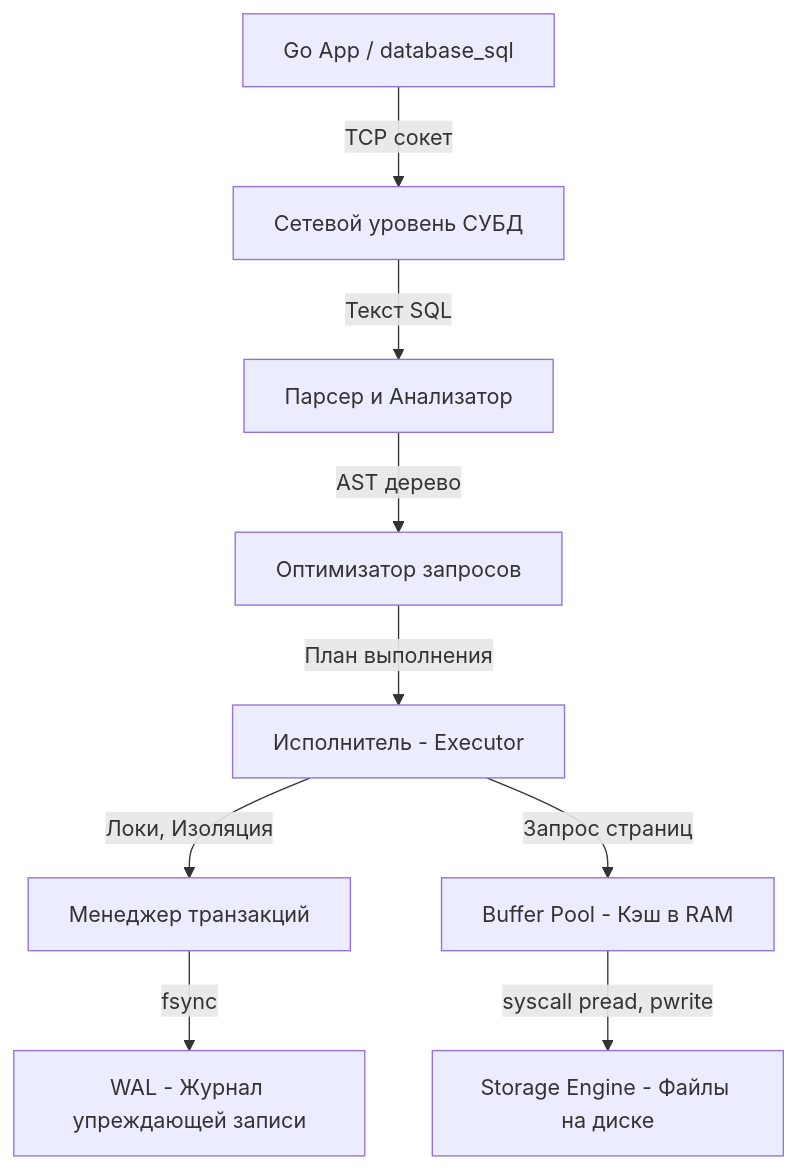
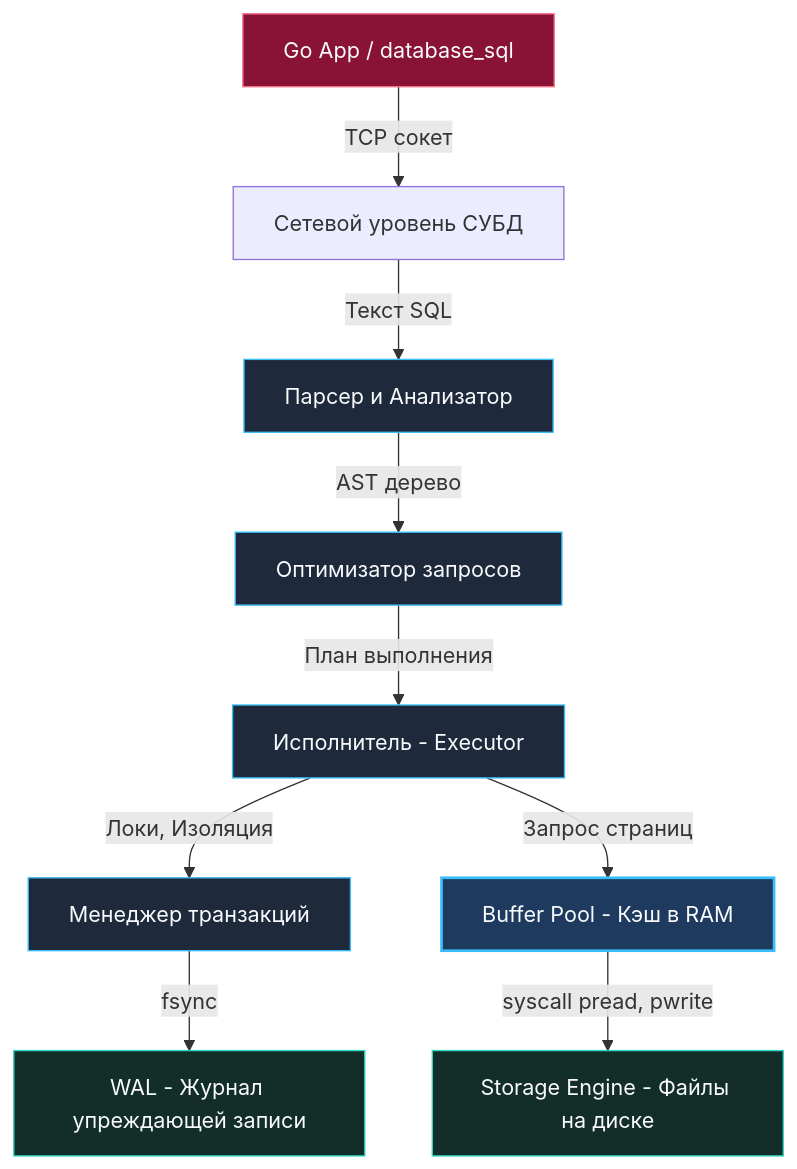
The diagram in sources/12. Базы данных/01. Введение и фундамент/2. Что такое база данных и СУБД.md (UnrealTemplier/go-textbook), drawn with Mermaid before and after one commit. The commit also changed 1666 other files, not shown here.

First line of the commit message:
feat(mermaid): add semantic color classDef to 1369 colorless flowchart/graph diagrams

````diff
--- a/sources/12. Базы данных/01. Введение и фундамент/2. Что такое база данных и СУБД.md
+++ b/sources/12. Базы данных/01. Введение и фундамент/2. Что такое база данных и СУБД.md
@@ -59,13 +59,23 @@
 ```mermaid
 flowchart TD
-    Client["Go App / database_sql"]-->|TCP сокет| Transport["Сетевой уровень СУБД"]
-    Transport-->|Текст SQL| Parser["Парсер и Анализатор"]
-    Parser-->|AST дерево| Optimizer["Оптимизатор запросов"]
-    Optimizer-->|План выполнения| Exec["Исполнитель - Executor"]
+    classDef process  fill:#1e293b,stroke:#38bdf8,stroke-width:1px,color:#f8fafc
+    classDef success  fill:#064e3b,stroke:#34d399,stroke-width:1px,color:#f8fafc
+    classDef error    fill:#7f1d1d,stroke:#f87171,stroke-width:1px,color:#f8fafc
+    classDef warning  fill:#78350f,stroke:#fbbf24,stroke-width:1px,color:#f8fafc
+    classDef entry    fill:#1e3a5f,stroke:#38bdf8,stroke-width:2px,color:#f8fafc
+    classDef aux      fill:#334155,stroke:#64748b,stroke-width:1px,color:#f8fafc
+    classDef system   fill:#312e81,stroke:#a78bfa,stroke-width:1px,color:#f8fafc
+    classDef data     fill:#132d29,stroke:#2dd4bf,stroke-width:1px,color:#f8fafc
+    classDef network  fill:#881337,stroke:#fb7185,stroke-width:1px,color:#f8fafc
+    classDef accent   fill:#1e1b4b,stroke:#818cf8,stroke-width:1px,color:#f8fafc
+    Client["Go App / database_sql"]:::network-->|TCP сокет| Transport["Сетевой уровень СУБД"]
+    Transport-->|Текст SQL| Parser["Парсер и Анализатор"]:::process
+    Parser-->|AST дерево| Optimizer["Оптимизатор запросов"]:::process
+    Optimizer-->|План выполнения| Exec["Исполнитель - Executor"]:::process
     
-    Exec-->|Локи, Изоляция| TM["Менеджер транзакций"]
-    Exec-->|Запрос страниц| Buffer["Buffer Pool - Кэш в RAM"]
+    Exec-->|Локи, Изоляция| TM["Менеджер транзакций"]:::process
+    Exec-->|Запрос страниц| Buffer["Buffer Pool - Кэш в RAM"]:::entry
     
-    TM-->|fsync| WAL["WAL - Журнал упреждающей записи"]
-    Buffer-->|syscall pread, pwrite| Storage["Storage Engine - Файлы на диске"]
+    TM-->|fsync| WAL["WAL - Журнал упреждающей записи"]:::data
+    Buffer-->|syscall pread, pwrite| Storage["Storage Engine - Файлы на диске"]:::data
 ```
````
